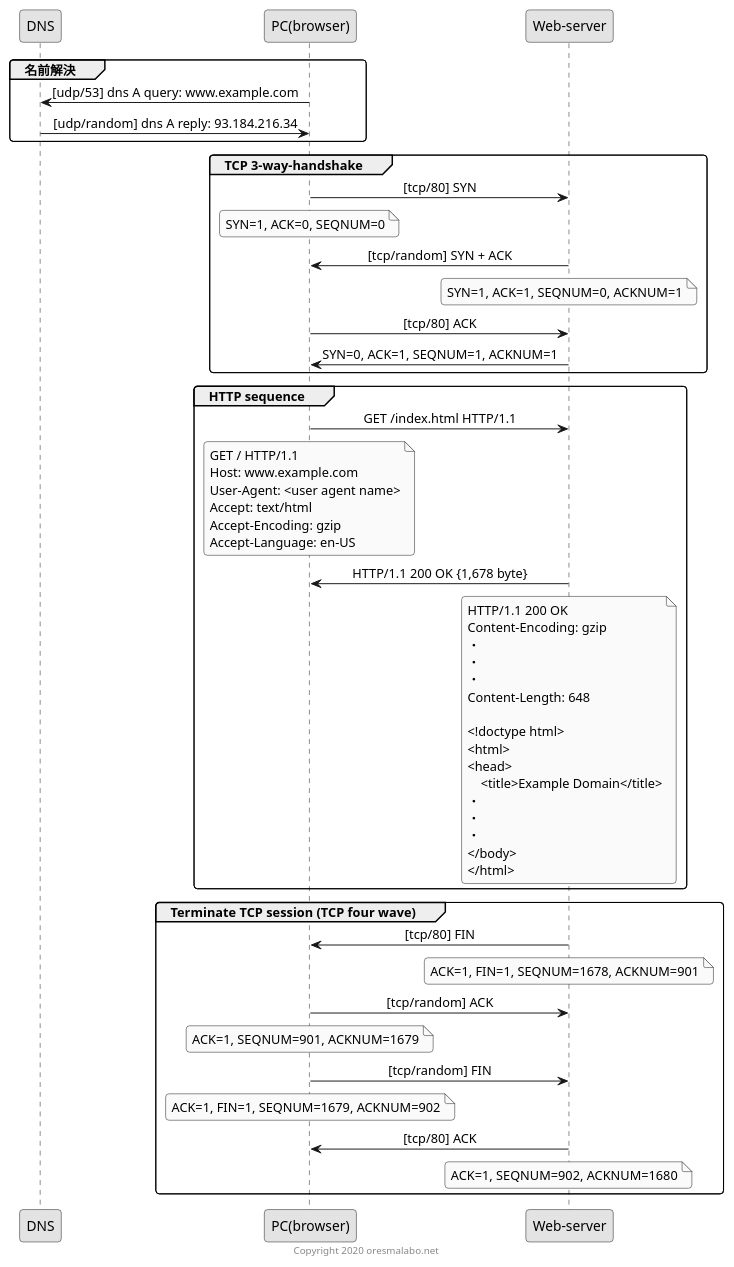
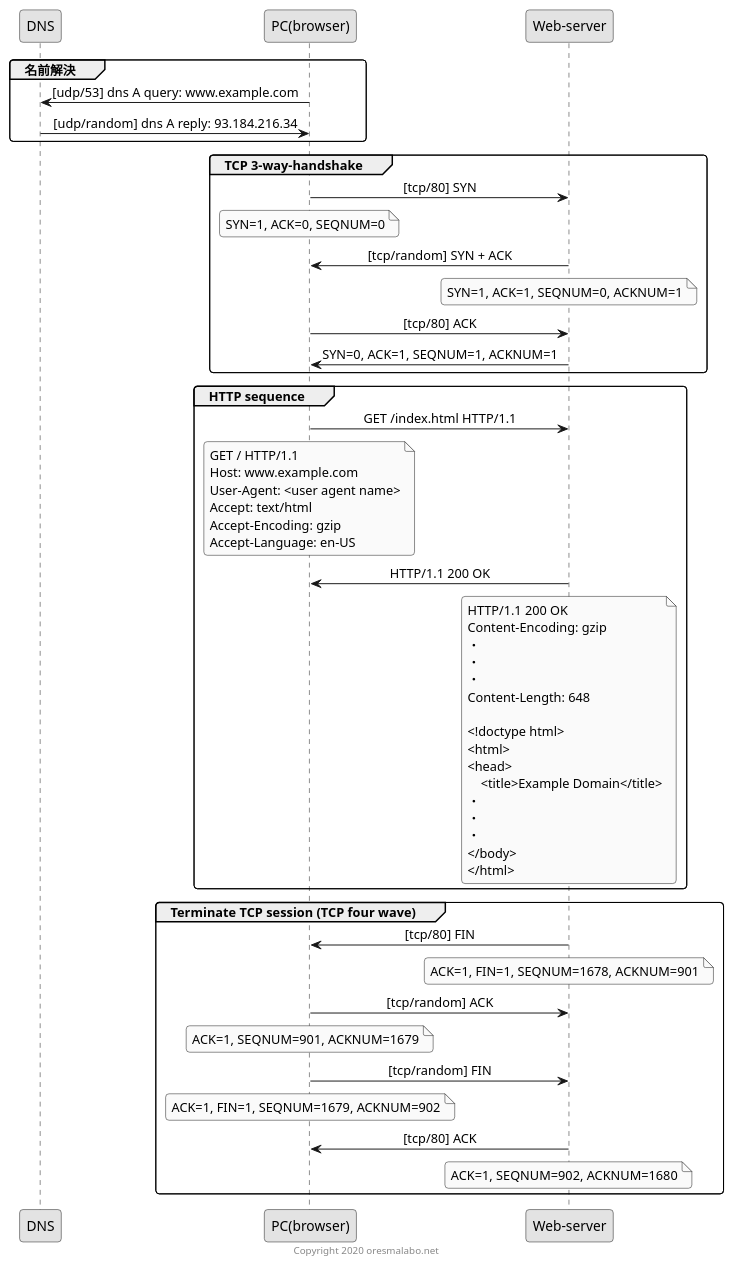
The diagram in templates/web-sequence/web-sequence.pu (oresama-lab/plant-uml-themes), drawn with PlantUML before and after one commit.

```diff
--- a/templates/web-sequence/web-sequence.pu
+++ b/templates/web-sequence/web-sequence.pu
@@ -1,71 +1,73 @@
 @startuml
 skinparam defaultFontName メイリオ
 skinparam monochrome true
 skinparam shadowing false
 skinparam RoundCorner 7
 skinparam SequenceGroupBorderThickness 1
 skinparam sequenceMessageAlign center
 skinparam sequenceReferenceAlign left
 
 participant DNS as dns
 participant "PC(browser)" as pc
 participant "Web-server" as server
 
 group 名前解決
   pc -> dns : [udp/53] dns A query: www.example.com
   dns -> pc : [udp/random] dns A reply: 93.184.216.34
 end
 
 group TCP 3-way-handshake
   pc -> server: [tcp/80] SYN
   note over pc: SYN=1, ACK=0, SEQNUM=0
   server -> pc: [tcp/random] SYN + ACK
   note over server: SYN=1, ACK=1, SEQNUM=0, ACKNUM=1
   pc -> server: [tcp/80] ACK
   server -> pc: SYN=0, ACK=1, SEQNUM=1, ACKNUM=1
 end
 
 group HTTP sequence
   pc -> server: GET /index.html HTTP/1.1
   note over pc
     GET / HTTP/1.1
     Host: www.example.com
     User-Agent: <user agent name>
     Accept: text/html
     Accept-Encoding: gzip
     Accept-Language: en-US
   end note
-  server -> pc: HTTP/1.1 200 OK {1,678 byte}
+  server -> pc: HTTP/1.1 200 OK
   note over server
     HTTP/1.1 200 OK
     Content-Encoding: gzip
     ・
     ・
     ・
     Content-Length: 648
     
     <!doctype html>
     <html>
     <head>
         <title>Example Domain</title>
     ・
     ・
     ・
     </body>
     </html>
   end note
 end
 
 group Terminate TCP session (TCP four wave)
   server -> pc: [tcp/80] FIN
-  note over server: ACK=1, FIN=1, SEQNUM=1678, ACKNUM=901
+  note over server
+    ACK=1, FIN=1, SEQNUM=1678, ACKNUM=901
+  end note
   pc -> server: [tcp/random] ACK
   note over pc: ACK=1, SEQNUM=901, ACKNUM=1679
   pc -> server: [tcp/random] FIN
   note over pc: ACK=1, FIN=1, SEQNUM=1679, ACKNUM=902
   server -> pc: [tcp/80] ACK
   note over server: ACK=1, SEQNUM=902, ACKNUM=1680
 end
 
 footer Copyright 2020 oresmalabo.net
 @enduml
```
